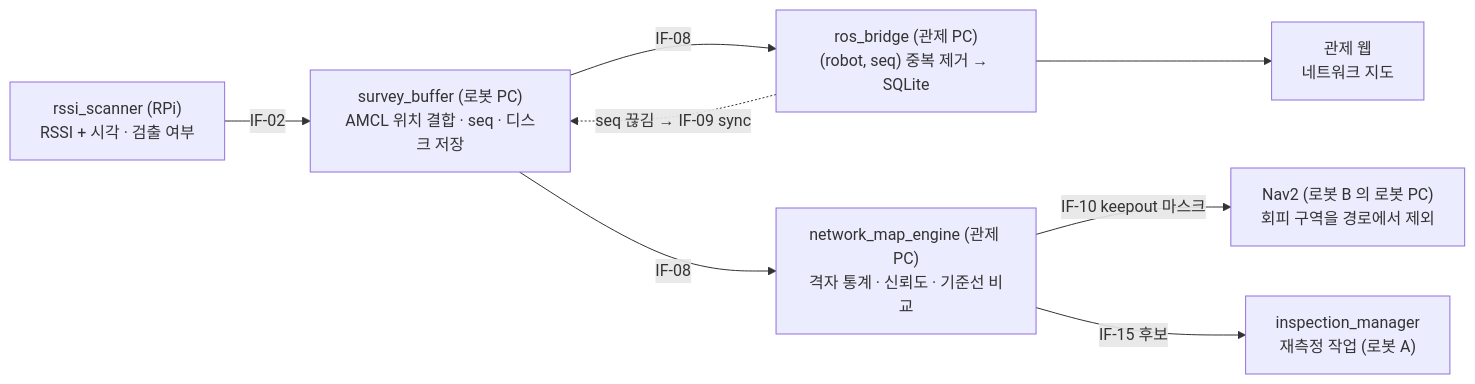
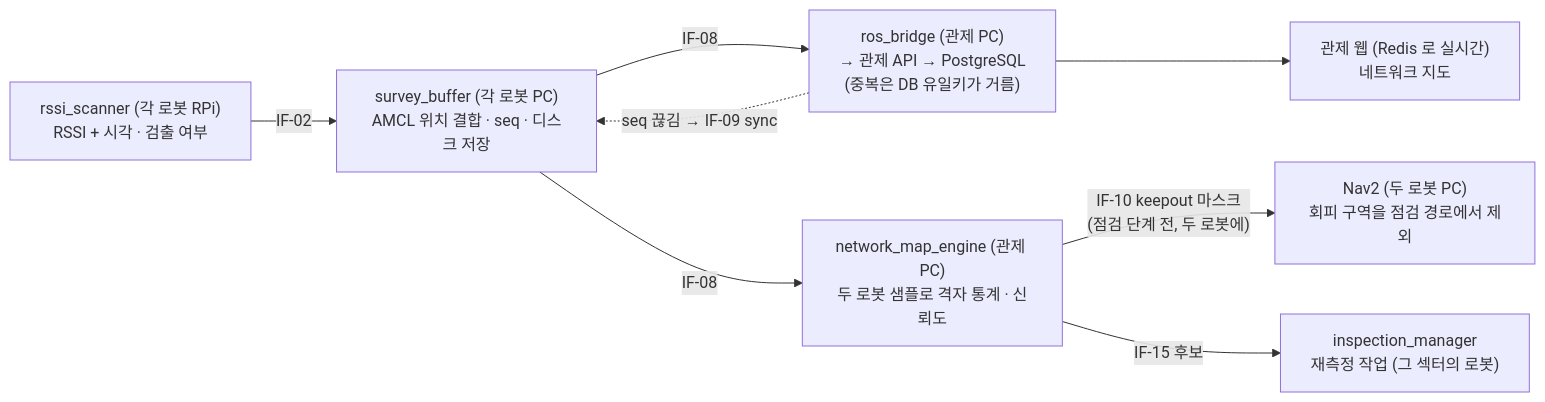
One commit to HJAE99/B_0102_Final_Project-archive changed the third of 4 diagrams in docs/deliverables/process_flow.md. Above: the diagram before and after it, drawn with Mermaid. The commit also changed other lines of this file and 9 other files, not shown here.

````diff
--- a/docs/deliverables/process_flow.md
+++ b/docs/deliverables/process_flow.md
@@ -60,10 +65,10 @@
 ```mermaid
 flowchart LR
-  R["rssi_scanner (RPi)<br>RSSI + 시각 · 검출 여부"] -- IF-02 --> B["survey_buffer (로봇 PC)<br>AMCL 위치 결합 · seq · 디스크 저장"]
-  B -- IF-08 --> G["ros_bridge (관제 PC)<br>(robot, seq) 중복 제거 → SQLite"]
-  B -- IF-08 --> M["network_map_engine (관제 PC)<br>격자 통계 · 신뢰도 · 기준선 비교"]
+  R["rssi_scanner (각 로봇 RPi)<br>RSSI + 시각 · 검출 여부"] -- IF-02 --> B["survey_buffer (각 로봇 PC)<br>AMCL 위치 결합 · seq · 디스크 저장"]
+  B -- IF-08 --> G["ros_bridge (관제 PC)<br>→ 관제 API → PostgreSQL<br>(중복은 DB 유일키가 거름)"]
+  B -- IF-08 --> M["network_map_engine (관제 PC)<br>두 로봇 샘플로 격자 통계 · 신뢰도"]
   G -. "seq 끊김 → IF-09 sync" .-> B
-  M -- "IF-10 keepout 마스크" --> N["Nav2 (로봇 B 의 로봇 PC)<br>회피 구역을 경로에서 제외"]
-  M -- "IF-15 후보" --> I["inspection_manager<br>재측정 작업 (로봇 A)"]
-  G --> W["관제 웹<br>네트워크 지도"]
+  M -- "IF-10 keepout 마스크<br>(점검 단계 전, 두 로봇에)" --> N["Nav2 (두 로봇 PC)<br>회피 구역을 점검 경로에서 제외"]
+  M -- "IF-15 후보" --> I["inspection_manager<br>재측정 작업 (그 섹터의 로봇)"]
+  G --> W["관제 웹 (Redis 로 실시간)<br>네트워크 지도"]
 ```
````
